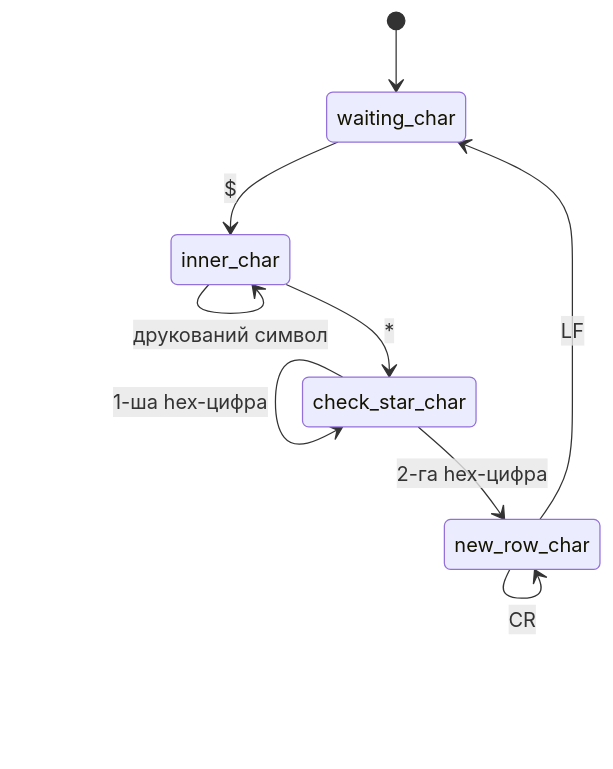
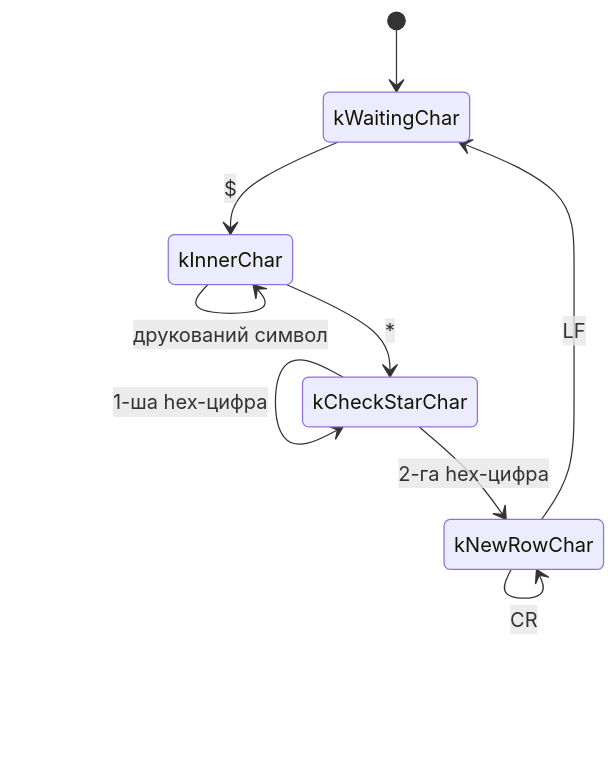
Before and after one commit to luftboud/sensor-fusion: the diagram in include/sensor_fusion/io/nmea/readme.md, drawn with Mermaid. The commit also changed other lines of this file and 5 other files, not shown here.

````diff
--- a/include/sensor_fusion/io/nmea/readme.md
+++ b/include/sensor_fusion/io/nmea/readme.md
@@ -60,11 +60,11 @@
 ```mermaid
 stateDiagram-v2
-    [*] --> waiting_char
-    waiting_char --> inner_char : $
-    inner_char --> inner_char : друкований символ
-    inner_char --> check_star_char : *
-    check_star_char --> check_star_char : 1-ша hex-цифра
-    check_star_char --> new_row_char : 2-га hex-цифра
-    new_row_char --> new_row_char : CR
-    new_row_char --> waiting_char : LF
+    [*] --> kWaitingChar
+    kWaitingChar --> kInnerChar : $
+    kInnerChar --> kInnerChar : друкований символ
+    kInnerChar --> kCheckStarChar : *
+    kCheckStarChar --> kCheckStarChar : 1-ша hex-цифра
+    kCheckStarChar --> kNewRowChar : 2-га hex-цифра
+    kNewRowChar --> kNewRowChar : CR
+    kNewRowChar --> kWaitingChar : LF
 ```
````
